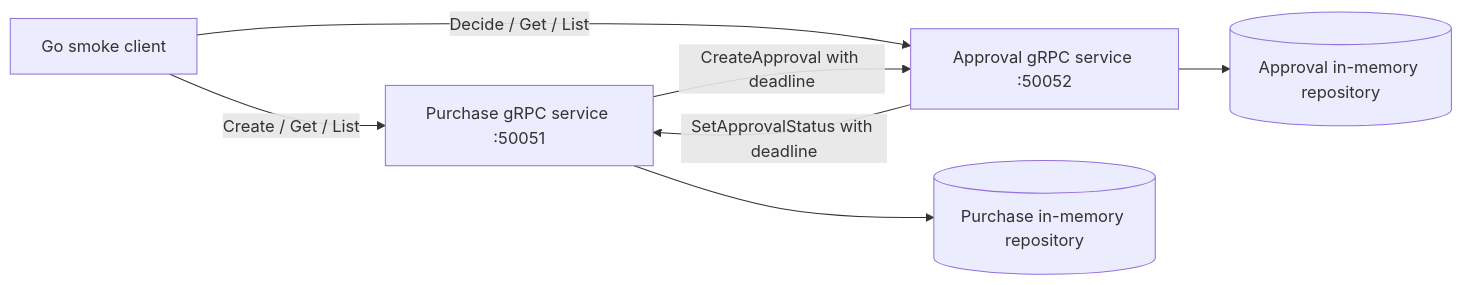
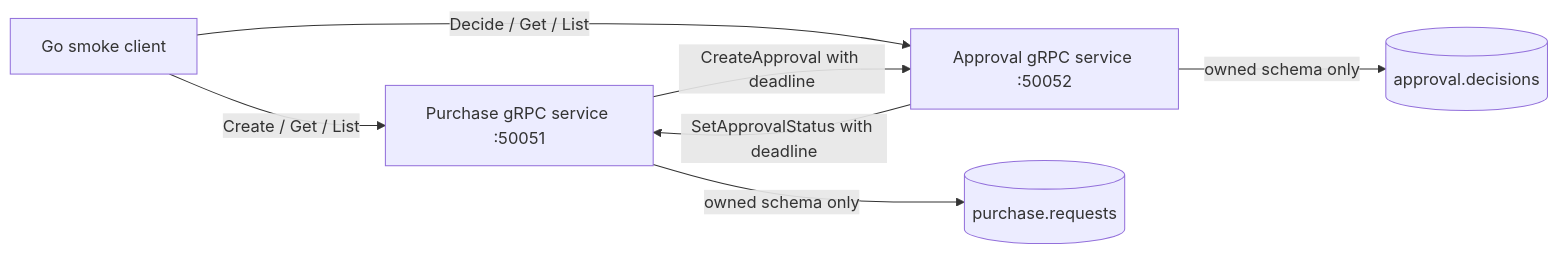
One commit to Rizvi-07/procureflow-ai changed the diagram in docs/architecture.md. Above: the diagram before and after it, drawn with Mermaid. The commit also changed other lines of this file and 24 other files, not shown here.

First line of the commit message:
feat(persistence): persist purchase and approval state in PostgreSQL

````diff
--- a/docs/architecture.md
+++ b/docs/architecture.md
@@ -7,9 +7,9 @@
 ```mermaid
 flowchart LR
     Client[Go smoke client] -->|Create / Get / List| Purchase[Purchase gRPC service :50051]
     Client -->|Decide / Get / List| Approval[Approval gRPC service :50052]
     Purchase -->|CreateApproval with deadline| Approval
     Approval -->|SetApprovalStatus with deadline| Purchase
-    Purchase --> PurchaseStore[(Purchase in-memory repository)]
-    Approval --> ApprovalStore[(Approval in-memory repository)]
+    Purchase -->|owned schema only| PurchaseStore[(purchase.requests)]
+    Approval -->|owned schema only| ApprovalStore[(approval.decisions)]
 ```
````
